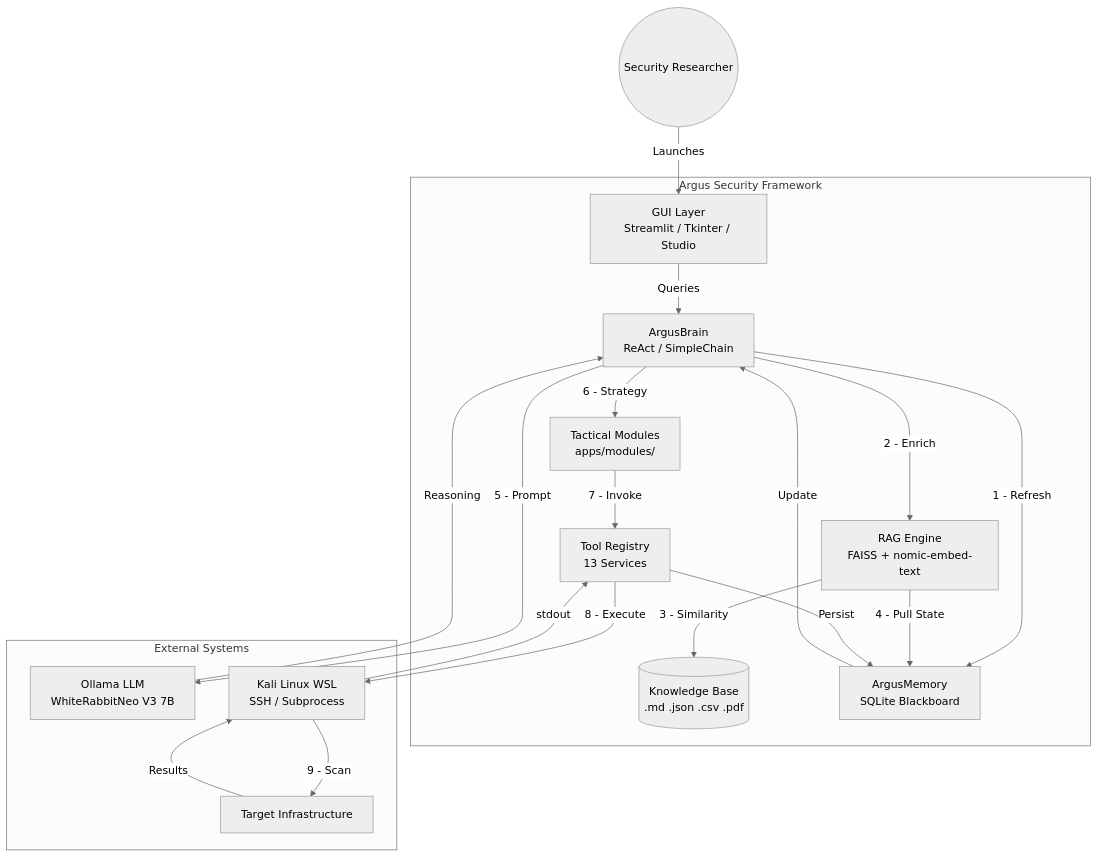
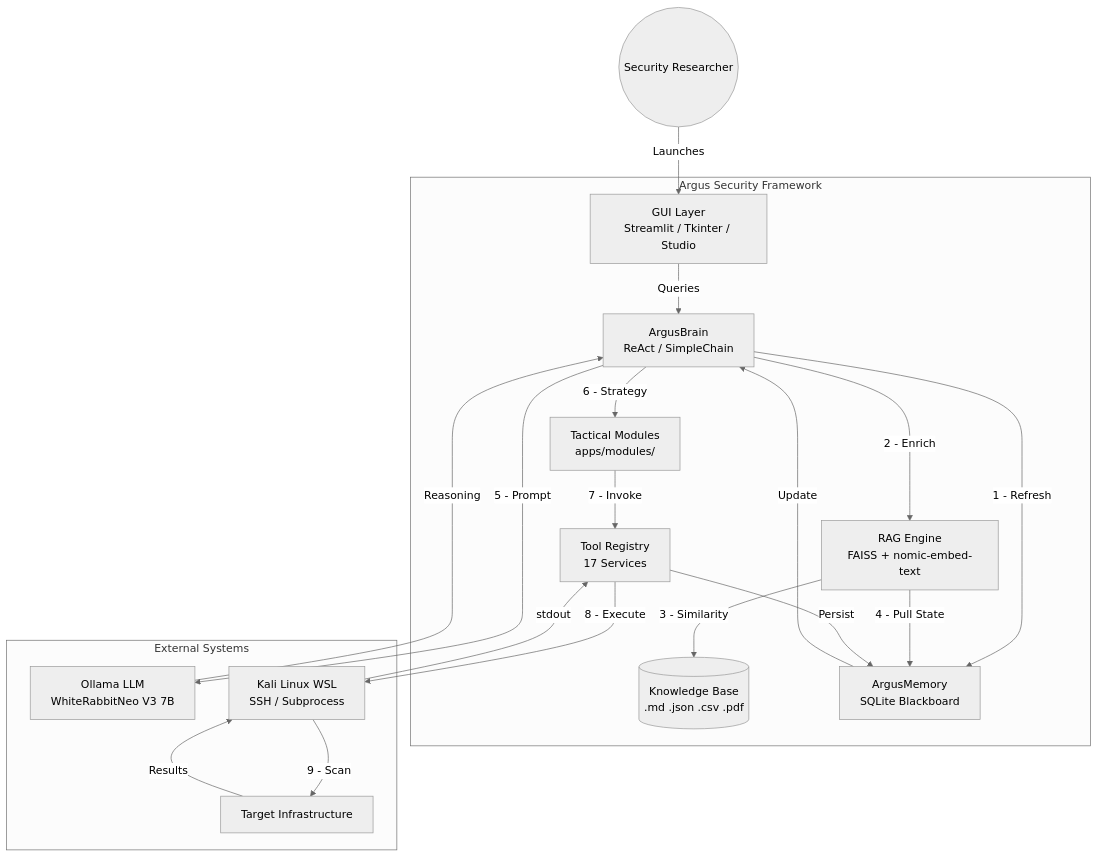
Before and after one commit to PhilopaterSh/Argus-Digilians: the diagram in README.md, drawn with Mermaid (neutral theme). The commit also changed other lines of this file and 6 other files, not shown here.

````diff
--- a/README.md
+++ b/README.md
@@ -6,41 +6,41 @@
 ```mermaid
 graph TB
     User((Security Researcher))
 
     subgraph Argus["Argus Security Framework"]
         GUI[GUI Layer<br/>Streamlit / Tkinter / Studio]
         Brain[ArgusBrain<br/>ReAct / SimpleChain]
         RAG[RAG Engine<br/>FAISS + nomic-embed-text]
         KB[(Knowledge Base<br/>.md .json .csv .pdf)]
         Mem[ArgusMemory<br/>SQLite Blackboard]
         Modules[Tactical Modules<br/>apps/modules/]
-        Tools[Tool Registry<br/>13 Services]
+        Tools[Tool Registry<br/>17 Services]
     end
 
     subgraph External["External Systems"]
         LLM[Ollama LLM<br/>WhiteRabbitNeo V3 7B]
         Kali[Kali Linux WSL<br/>SSH / Subprocess]
         Target[Target Infrastructure]
     end
 
     User -->|Launches| GUI
     GUI -->|Queries| Brain
 
     Brain -->|1 - Refresh| Mem
     Brain -->|2 - Enrich| RAG
     RAG -->|3 - Similarity| KB
     RAG -->|4 - Pull State| Mem
 
     Brain -->|5 - Prompt| LLM
     LLM -->|Reasoning| Brain
 
     Brain -->|6 - Strategy| Modules
     Modules -->|7 - Invoke| Tools
     Tools -->|8 - Execute| Kali
     Kali -->|9 - Scan| Target
 
     Target -->|Results| Kali
     Kali -->|stdout| Tools
     Tools -->|Persist| Mem
     Mem -->|Update| Brain
 ```
````
